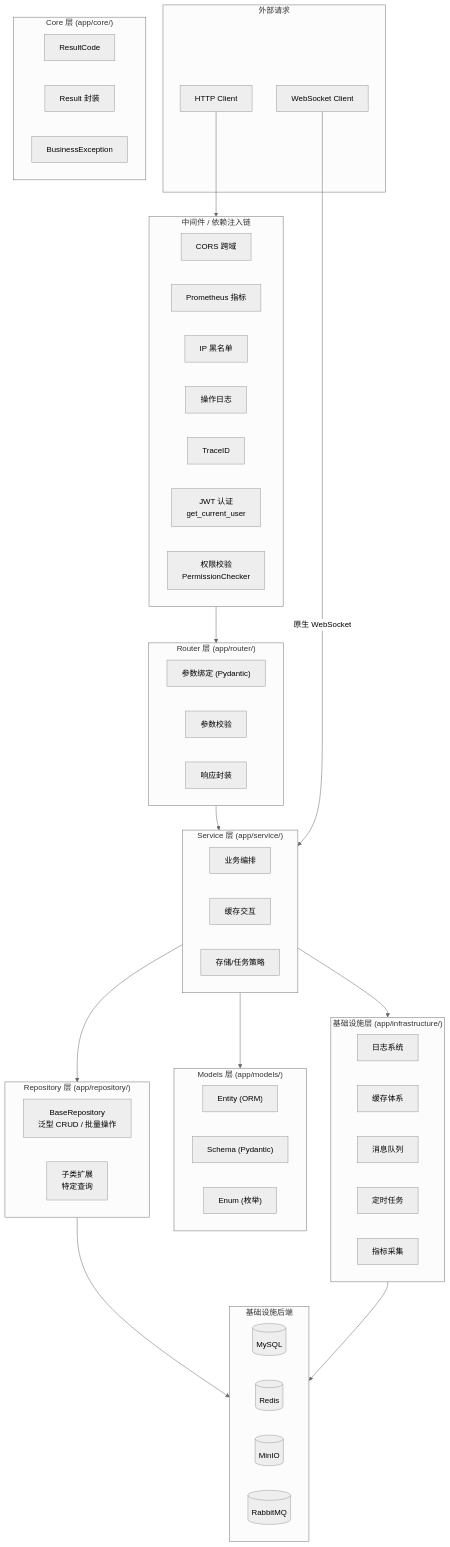
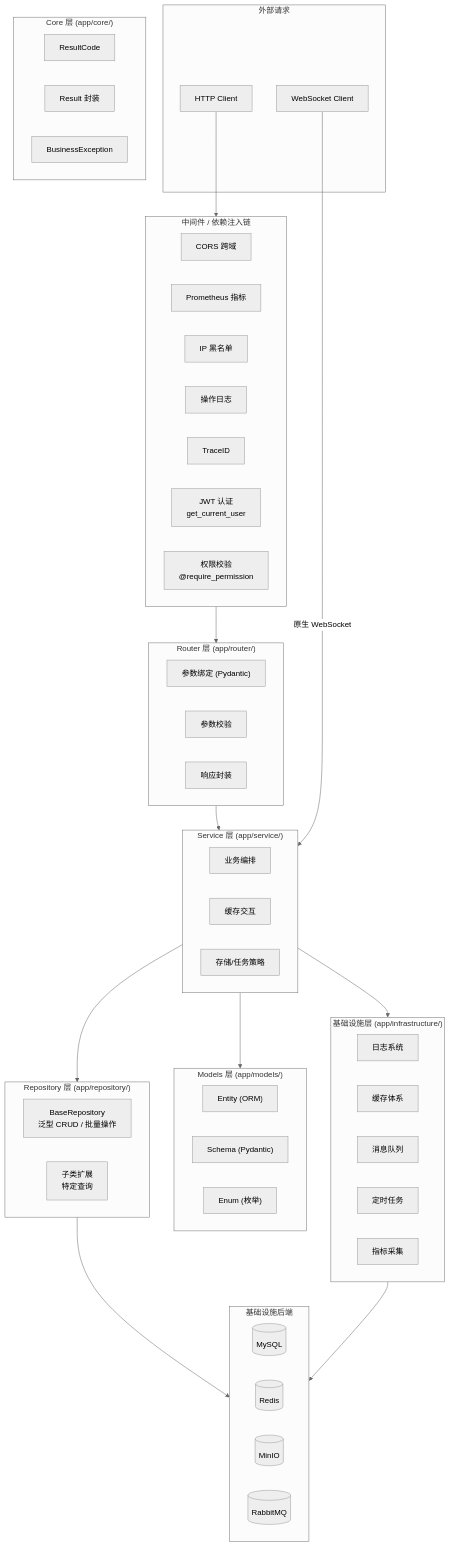
Before and after one commit to earthy-zinc/dehaze-system: the first of 15 diagrams in dehaze-doc/docs/02-系统架构/08-后端基础设施设计(Python).md, drawn with Mermaid (neutral theme). The commit also changed other lines of this file and 19 other files, not shown here.

````diff
--- a/dehaze-doc/docs/02-系统架构/08-后端基础设施设计(Python).md
+++ b/dehaze-doc/docs/02-系统架构/08-后端基础设施设计(Python).md
@@ -135,74 +137,74 @@
 ```mermaid
 flowchart TB
     subgraph External["外部请求"]
         Client["HTTP Client"]
         WS["WebSocket Client"]
     end
 
     subgraph Middleware["中间件 / 依赖注入链"]
         direction LR
         CORS["CORS 跨域"]
         Prometheus["Prometheus 指标"]
         IPBlacklist["IP 黑名单"]
         OpLog["操作日志"]
         Trace["TraceID"]
         JWT["JWT 认证<br/>get_current_user"]
-        Permission["权限校验<br/>PermissionChecker"]
+        Permission["权限校验<br/>@require_permission"]
     end
 
     subgraph Router["Router 层 (app/router/)"]
         direction LR
         R1["参数绑定 (Pydantic)"]
         R2["参数校验"]
         R3["响应封装"]
     end
 
     subgraph Service["Service 层 (app/service/)"]
         direction LR
         S1["业务编排"]
         S2["缓存交互"]
         S3["存储/任务策略"]
     end
 
     subgraph Repository["Repository 层 (app/repository/)"]
         direction LR
         Repo1["BaseRepository<br/>泛型 CRUD / 批量操作"]
         Repo2["子类扩展<br/>特定查询"]
     end
 
     subgraph Models["Models 层 (app/models/)"]
         direction LR
         Entity["Entity (ORM)"]
         Schema["Schema (Pydantic)"]
         Enum["Enum (枚举)"]
     end
 
     subgraph Core["Core 层 (app/core/)"]
         direction LR
         Code["ResultCode"]
         Result["Result 封装"]
         Exc["BusinessException"]
     end
 
     subgraph Infra["基础设施层 (app/infrastructure/)"]
         direction LR
         Logging["日志系统"]
         Cache["缓存体系"]
         MQ["消息队列"]
         Job["定时任务"]
         Metrics["指标采集"]
     end
 
     subgraph InfraBackend["基础设施后端"]
         direction LR
         MySQL[("MySQL")]
         Redis[("Redis")]
         MinIO[("MinIO")]
         RabbitMQ[("RabbitMQ")]
     end
 
     Client --> Middleware --> Router --> Service --> Repository --> MySQL
     Service --> Models
     Service --> Infra --> InfraBackend
     WS -->|"原生 WebSocket"| Service
 ```
````
